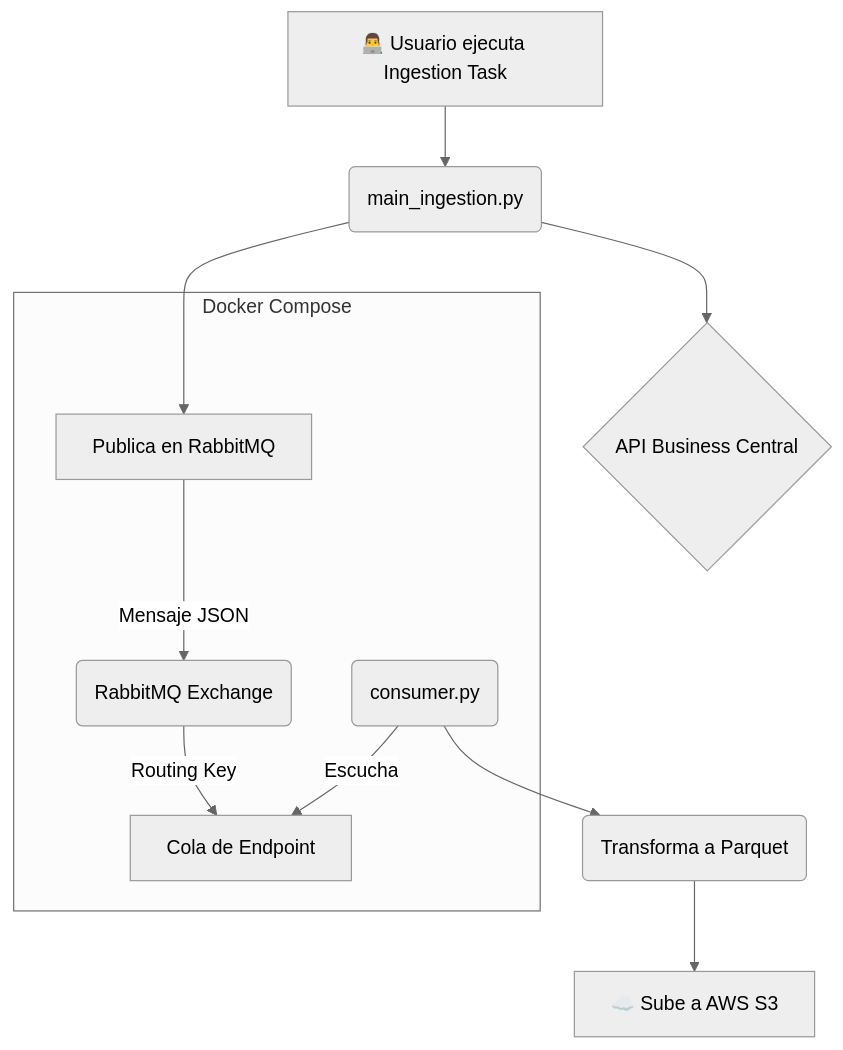
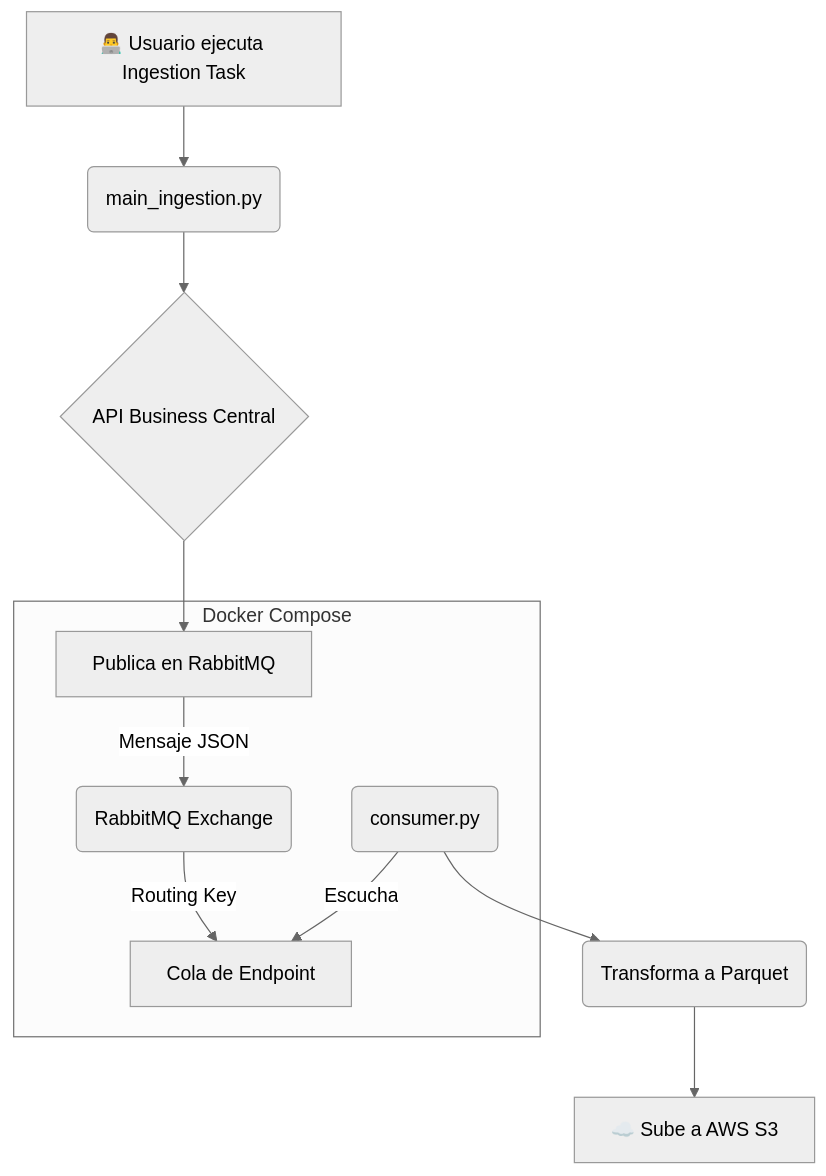
One commit to jjvs2-ua/ELTL_TFG changed the diagram in readme.md. Above: the diagram before and after it, drawn with Mermaid (neutral theme). The commit also changed 1 other file, not shown here.

````diff
--- a/readme.md
+++ b/readme.md
@@ -38,13 +38,13 @@
 ```mermaid
 graph TD
     A[👨‍💻 Usuario ejecuta Ingestion Task] --> B(main_ingestion.py)
     B --> C{API Business Central}
-    B --> D[Publica en RabbitMQ]
+      --> D[Publica en RabbitMQ]
     subgraph "Docker Compose"
         D -- Mensaje JSON --> E(RabbitMQ Exchange)
         E -- Routing Key --> F[Cola de Endpoint]
         G(consumer.py) -- Escucha --> F
     end
     G --> H(Transforma a Parquet)
     H --> I[☁️ Sube a AWS S3]
 ```
````
